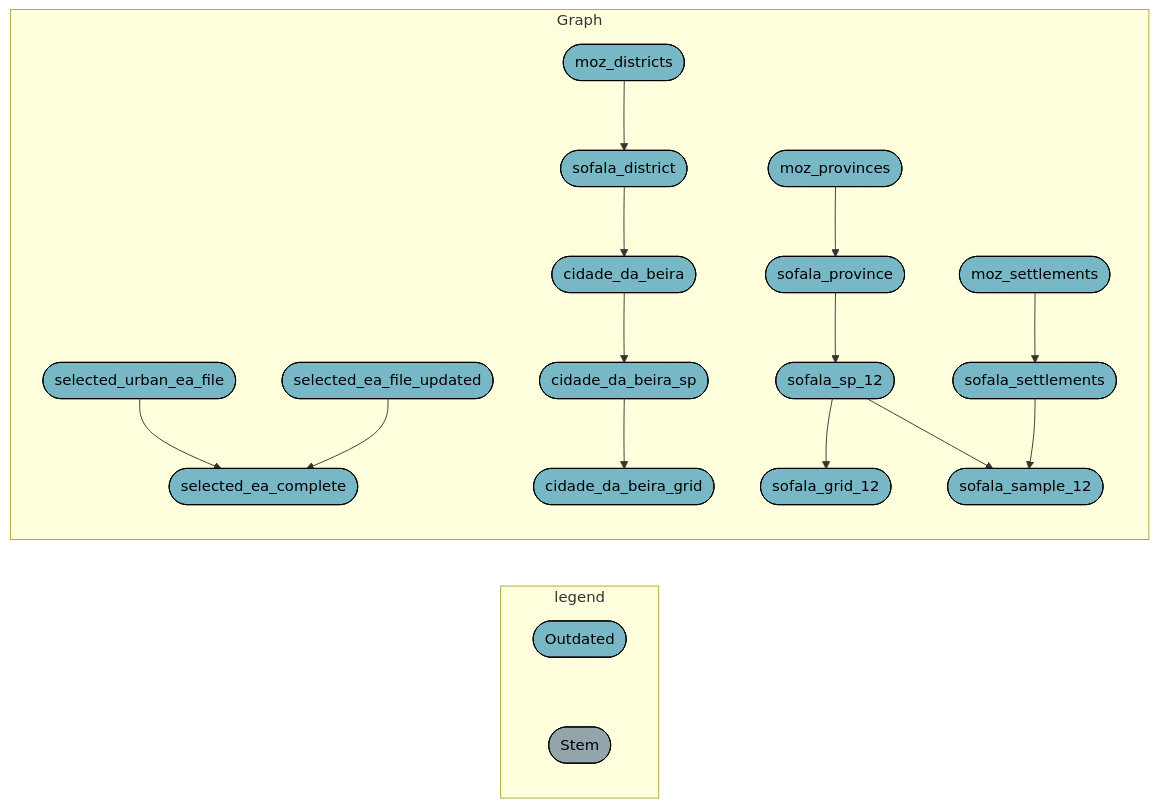
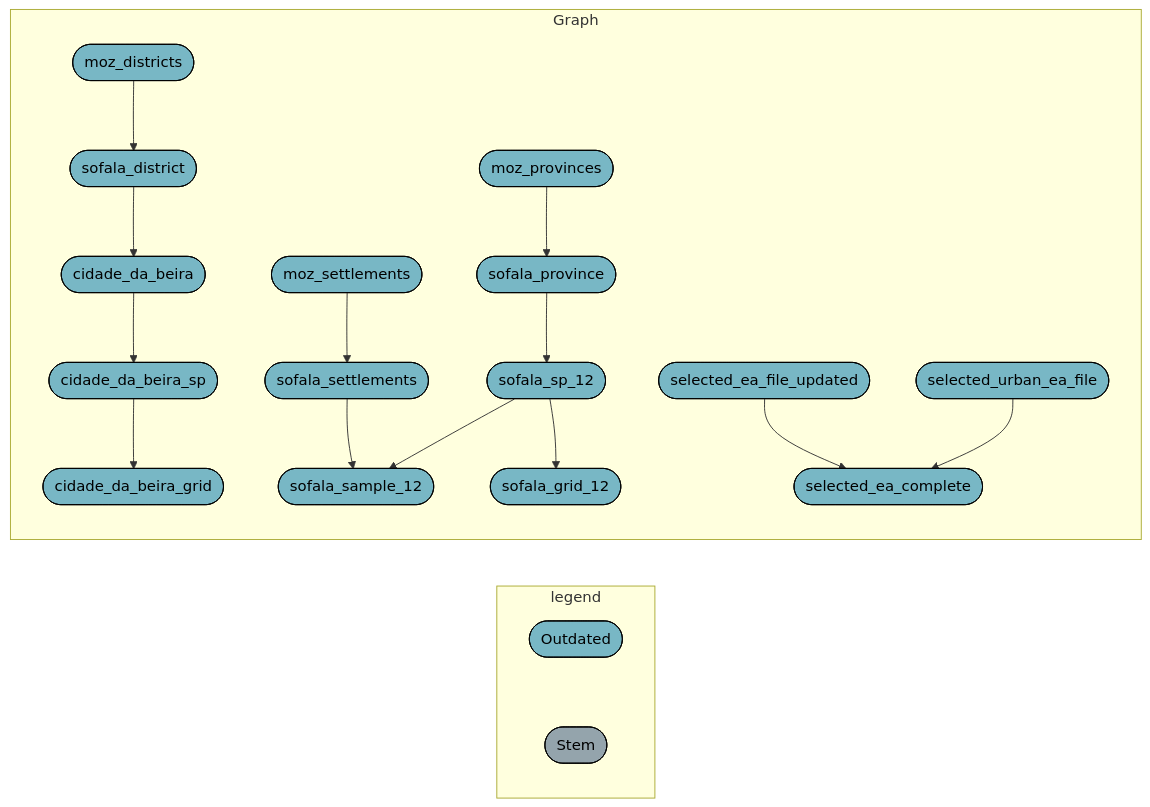
One commit to katilingban/mozambique-s3m changed the first of 8 diagrams in README.md. Above: the diagram before and after it, drawn with Mermaid. The commit also changed other lines of this file and 3 other files, not shown here.

````diff
--- a/README.md
+++ b/README.md
@@ -27,23 +27,23 @@
 ``` mermaid
 graph LR
   subgraph legend
     x0a52b03877696646([""Outdated""]):::outdated --- xbf4603d6c2c2ad6b([""Stem""]):::none
   end
   subgraph Graph
+    x36ac982d46cbe0a5(["sofala_sp_12"]):::outdated --> x3e8475df052020ee(["sofala_grid_12"]):::outdated
+    xac05260670c94749(["sofala_district"]):::outdated --> x07b06a64d6979765(["cidade_da_beira"]):::outdated
+    x2ae35f7d7ffcedde(["moz_districts"]):::outdated --> xac05260670c94749(["sofala_district"]):::outdated
+    xeb7dee2731da6b05(["moz_settlements"]):::outdated --> xb7ac41c07a011c84(["sofala_settlements"]):::outdated
+    x07b06a64d6979765(["cidade_da_beira"]):::outdated --> x216c8615edb5b18d(["cidade_da_beira_sp"]):::outdated
+    x216c8615edb5b18d(["cidade_da_beira_sp"]):::outdated --> x91135f521fae67c1(["cidade_da_beira_grid"]):::outdated
+    xb7ac41c07a011c84(["sofala_settlements"]):::outdated --> xbac0d63338e90727(["sofala_sample_12"]):::outdated
+    x36ac982d46cbe0a5(["sofala_sp_12"]):::outdated --> xbac0d63338e90727(["sofala_sample_12"]):::outdated
+    x89b92e016b1a0789(["sofala_province"]):::outdated --> x36ac982d46cbe0a5(["sofala_sp_12"]):::outdated
+    x75893273a2726411(["moz_provinces"]):::outdated --> x89b92e016b1a0789(["sofala_province"]):::outdated
     x3fcad629bf609680(["selected_ea_file_updated"]):::outdated --> x92e3f678d50e7191(["selected_ea_complete"]):::outdated
     xfdb6a9b6a0e24e2c(["selected_urban_ea_file"]):::outdated --> x92e3f678d50e7191(["selected_ea_complete"]):::outdated
-    xeb7dee2731da6b05(["moz_settlements"]):::outdated --> xb7ac41c07a011c84(["sofala_settlements"]):::outdated
-    x89b92e016b1a0789(["sofala_province"]):::outdated --> x36ac982d46cbe0a5(["sofala_sp_12"]):::outdated
-    x216c8615edb5b18d(["cidade_da_beira_sp"]):::outdated --> x91135f521fae67c1(["cidade_da_beira_grid"]):::outdated
-    x36ac982d46cbe0a5(["sofala_sp_12"]):::outdated --> x3e8475df052020ee(["sofala_grid_12"]):::outdated
-    x2ae35f7d7ffcedde(["moz_districts"]):::outdated --> xac05260670c94749(["sofala_district"]):::outdated
-    x07b06a64d6979765(["cidade_da_beira"]):::outdated --> x216c8615edb5b18d(["cidade_da_beira_sp"]):::outdated
-    xb7ac41c07a011c84(["sofala_settlements"]):::outdated --> xbac0d63338e90727(["sofala_sample_12"]):::outdated
-    x36ac982d46cbe0a5(["sofala_sp_12"]):::outdated --> xbac0d63338e90727(["sofala_sample_12"]):::outdated
-    xac05260670c94749(["sofala_district"]):::outdated --> x07b06a64d6979765(["cidade_da_beira"]):::outdated
-    x75893273a2726411(["moz_provinces"]):::outdated --> x89b92e016b1a0789(["sofala_province"]):::outdated
   end
   classDef outdated stroke:#000000,color:#000000,fill:#78B7C5;
   classDef none stroke:#000000,color:#000000,fill:#94a4ac;
   linkStyle 0 stroke-width:0px;
 ```
````
